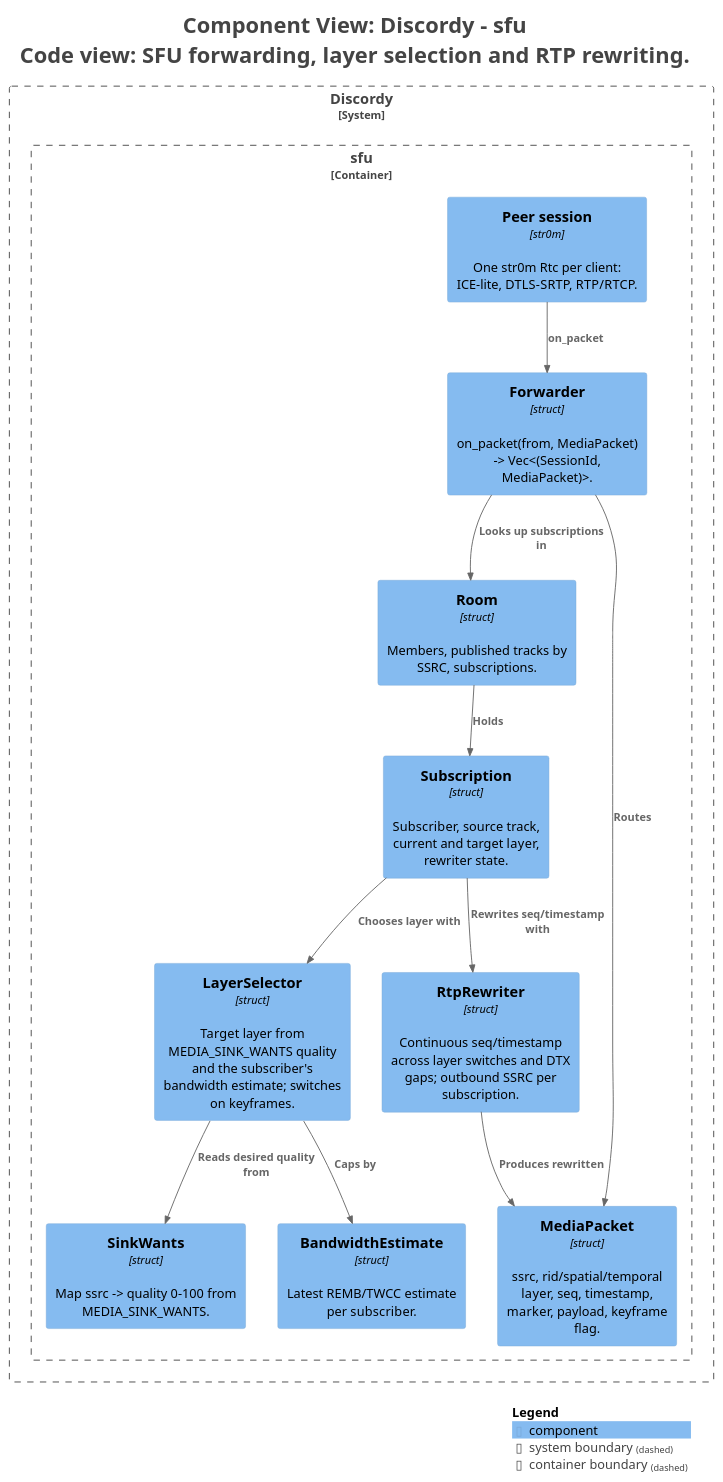
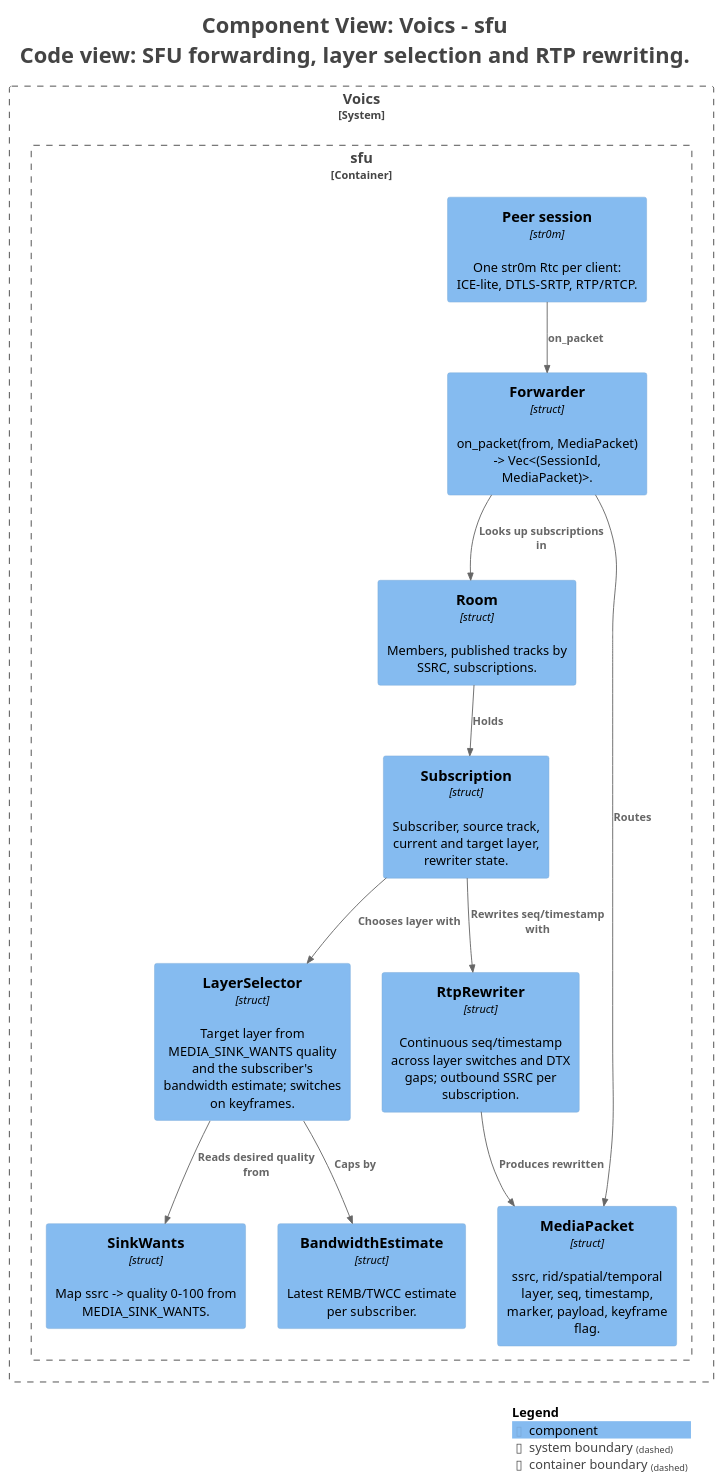
The diagram in c4/rendered/structurizr-C4-SfuForwarder.puml (voics-app/docs), drawn with PlantUML before and after one commit. The commit also changed 48 other files, not shown here.

Commit message:
Name the system Voics in the C4 model and re-render diagrams (docs#135 stage 1 follow-up)

```diff
--- a/c4/rendered/structurizr-C4-SfuForwarder.puml
+++ b/c4/rendered/structurizr-C4-SfuForwarder.puml
@@ -1,45 +1,45 @@
 @startuml
-title <size:24>Component View: Discordy - sfu</size>\n<size:24>Code view: SFU forwarding, layer selection and RTP rewriting.</size>
+title <size:24>Component View: Voics - sfu</size>\n<size:24>Code view: SFU forwarding, layer selection and RTP rewriting.</size>
 
 set separator none
 top to bottom direction
 
 <style>
   root {
     BackgroundColor: #ffffff
     FontColor: #444444
   }
 </style>
 
 !include <C4/C4>
 !include <C4/C4_Context>
 !include <C4/C4_Component>
 
-System_Boundary("Discordy_boundary", "Discordy", $tags="") {
-  Container_Boundary("Discordy.sfu_boundary", "sfu", $tags="") {
-    Component(Discordy.sfu.Peersession, "Peer session", $techn="str0m", $descr="One str0m Rtc per client: ICE-lite, DTLS-SRTP, RTP/RTCP.", $tags="", $link="")
-    Component(Discordy.sfu.Forwarder, "Forwarder", $techn="struct", $descr="on_packet(from, MediaPacket) -> Vec<(SessionId, MediaPacket)>.", $tags="", $link="")
-    Component(Discordy.sfu.Room, "Room", $techn="struct", $descr="Members, published tracks by SSRC, subscriptions.", $tags="", $link="")
-    Component(Discordy.sfu.MediaPacket, "MediaPacket", $techn="struct", $descr="ssrc, rid/spatial/temporal layer, seq, timestamp, marker, payload, keyframe flag.", $tags="", $link="")
-    Component(Discordy.sfu.Subscription, "Subscription", $techn="struct", $descr="Subscriber, source track, current and target layer, rewriter state.", $tags="", $link="")
-    Component(Discordy.sfu.LayerSelector, "LayerSelector", $techn="struct", $descr="Target layer from MEDIA_SINK_WANTS quality and the subscriber's bandwidth estimate; switches on keyframes.", $tags="", $link="")
-    Component(Discordy.sfu.SinkWants, "SinkWants", $techn="struct", $descr="Map ssrc -> quality 0-100 from MEDIA_SINK_WANTS.", $tags="", $link="")
-    Component(Discordy.sfu.BandwidthEstimate, "BandwidthEstimate", $techn="struct", $descr="Latest REMB/TWCC estimate per subscriber.", $tags="", $link="")
-    Component(Discordy.sfu.RtpRewriter, "RtpRewriter", $techn="struct", $descr="Continuous seq/timestamp across layer switches and DTX gaps; outbound SSRC per subscription.", $tags="", $link="")
+System_Boundary("Voics_boundary", "Voics", $tags="") {
+  Container_Boundary("Voics.sfu_boundary", "sfu", $tags="") {
+    Component(Voics.sfu.Peersession, "Peer session", $techn="str0m", $descr="One str0m Rtc per client: ICE-lite, DTLS-SRTP, RTP/RTCP.", $tags="", $link="")
+    Component(Voics.sfu.Forwarder, "Forwarder", $techn="struct", $descr="on_packet(from, MediaPacket) -> Vec<(SessionId, MediaPacket)>.", $tags="", $link="")
+    Component(Voics.sfu.Room, "Room", $techn="struct", $descr="Members, published tracks by SSRC, subscriptions.", $tags="", $link="")
+    Component(Voics.sfu.MediaPacket, "MediaPacket", $techn="struct", $descr="ssrc, rid/spatial/temporal layer, seq, timestamp, marker, payload, keyframe flag.", $tags="", $link="")
+    Component(Voics.sfu.Subscription, "Subscription", $techn="struct", $descr="Subscriber, source track, current and target layer, rewriter state.", $tags="", $link="")
+    Component(Voics.sfu.LayerSelector, "LayerSelector", $techn="struct", $descr="Target layer from MEDIA_SINK_WANTS quality and the subscriber's bandwidth estimate; switches on keyframes.", $tags="", $link="")
+    Component(Voics.sfu.SinkWants, "SinkWants", $techn="struct", $descr="Map ssrc -> quality 0-100 from MEDIA_SINK_WANTS.", $tags="", $link="")
+    Component(Voics.sfu.BandwidthEstimate, "BandwidthEstimate", $techn="struct", $descr="Latest REMB/TWCC estimate per subscriber.", $tags="", $link="")
+    Component(Voics.sfu.RtpRewriter, "RtpRewriter", $techn="struct", $descr="Continuous seq/timestamp across layer switches and DTX gaps; outbound SSRC per subscription.", $tags="", $link="")
   }
 
 }
 
-Rel(Discordy.sfu.Forwarder, Discordy.sfu.Room, "Looks up subscriptions in", $techn="", $tags="", $link="")
-Rel(Discordy.sfu.Forwarder, Discordy.sfu.MediaPacket, "Routes", $techn="", $tags="", $link="")
-Rel(Discordy.sfu.Room, Discordy.sfu.Subscription, "Holds", $techn="", $tags="", $link="")
-Rel(Discordy.sfu.Subscription, Discordy.sfu.LayerSelector, "Chooses layer with", $techn="", $tags="", $link="")
-Rel(Discordy.sfu.Subscription, Discordy.sfu.RtpRewriter, "Rewrites seq/timestamp with", $techn="", $tags="", $link="")
-Rel(Discordy.sfu.LayerSelector, Discordy.sfu.SinkWants, "Reads desired quality from", $techn="", $tags="", $link="")
-Rel(Discordy.sfu.LayerSelector, Discordy.sfu.BandwidthEstimate, "Caps by", $techn="", $tags="", $link="")
-Rel(Discordy.sfu.RtpRewriter, Discordy.sfu.MediaPacket, "Produces rewritten", $techn="", $tags="", $link="")
-Rel(Discordy.sfu.Peersession, Discordy.sfu.Forwarder, "on_packet", $techn="", $tags="", $link="")
+Rel(Voics.sfu.Forwarder, Voics.sfu.Room, "Looks up subscriptions in", $techn="", $tags="", $link="")
+Rel(Voics.sfu.Forwarder, Voics.sfu.MediaPacket, "Routes", $techn="", $tags="", $link="")
+Rel(Voics.sfu.Room, Voics.sfu.Subscription, "Holds", $techn="", $tags="", $link="")
+Rel(Voics.sfu.Subscription, Voics.sfu.LayerSelector, "Chooses layer with", $techn="", $tags="", $link="")
+Rel(Voics.sfu.Subscription, Voics.sfu.RtpRewriter, "Rewrites seq/timestamp with", $techn="", $tags="", $link="")
+Rel(Voics.sfu.LayerSelector, Voics.sfu.SinkWants, "Reads desired quality from", $techn="", $tags="", $link="")
+Rel(Voics.sfu.LayerSelector, Voics.sfu.BandwidthEstimate, "Caps by", $techn="", $tags="", $link="")
+Rel(Voics.sfu.RtpRewriter, Voics.sfu.MediaPacket, "Produces rewritten", $techn="", $tags="", $link="")
+Rel(Voics.sfu.Peersession, Voics.sfu.Forwarder, "on_packet", $techn="", $tags="", $link="")
 
 SHOW_LEGEND(true)
 hide stereotypes
 @enduml
```
